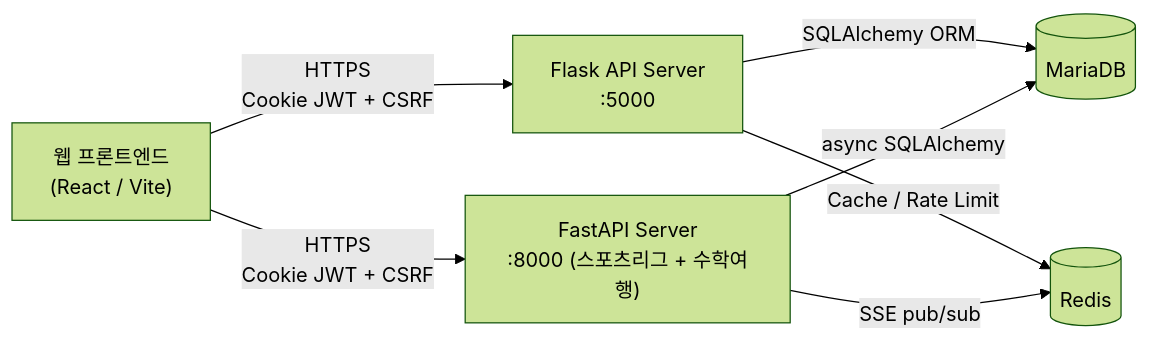
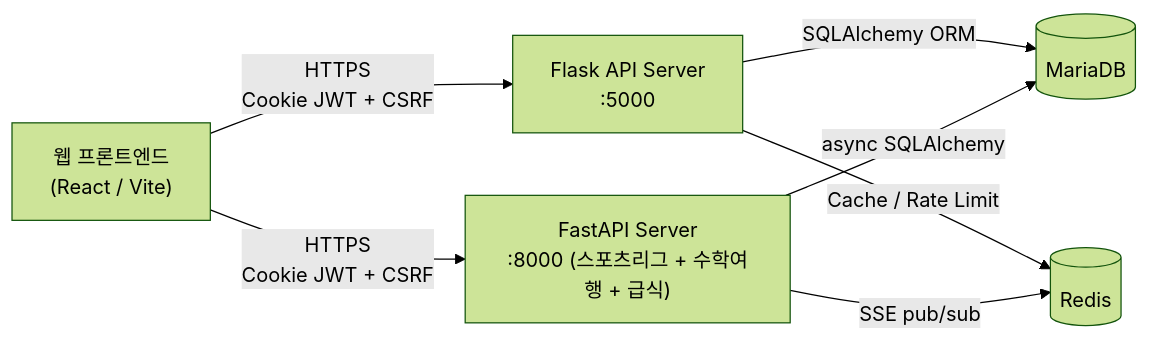
The first of 3 diagrams in backend/README.md (hanjm-github/beomseo.in), drawn with Mermaid (forest theme) before and after one commit. The commit also changed other lines of this file and 30 other files, not shown here.

````diff
--- a/backend/README.md
+++ b/backend/README.md
@@ -8,15 +8,15 @@
 ```mermaid
 flowchart LR
     Client["웹 프론트엔드<br/>(React / Vite)"]
     Flask["Flask API Server<br/>:5000"]
-    FastAPI["FastAPI Server<br/>:8000 (스포츠리그 + 수학여행)"]
+    FastAPI["FastAPI Server<br/>:8000 (스포츠리그 + 수학여행 + 급식)"]
     MariaDB[("MariaDB")]
     Redis[("Redis")]
 
     Client -->|"HTTPS<br/>Cookie JWT + CSRF"| Flask
     Client -->|"HTTPS<br/>Cookie JWT + CSRF"| FastAPI
     Flask -->|SQLAlchemy ORM| MariaDB
     FastAPI -->|async SQLAlchemy| MariaDB
     Flask -->|Cache / Rate Limit| Redis
     FastAPI -->|SSE pub/sub| Redis
 ```
````
